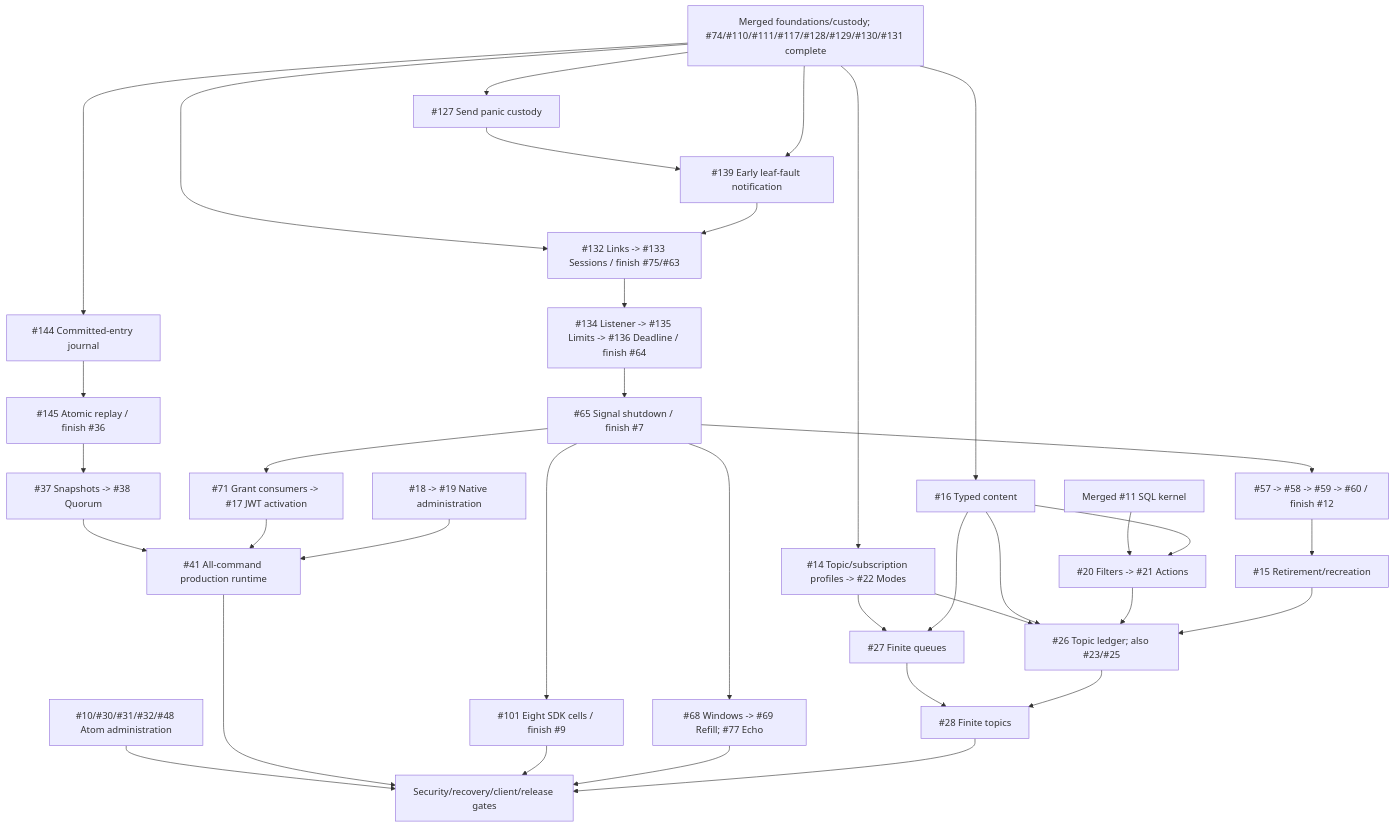
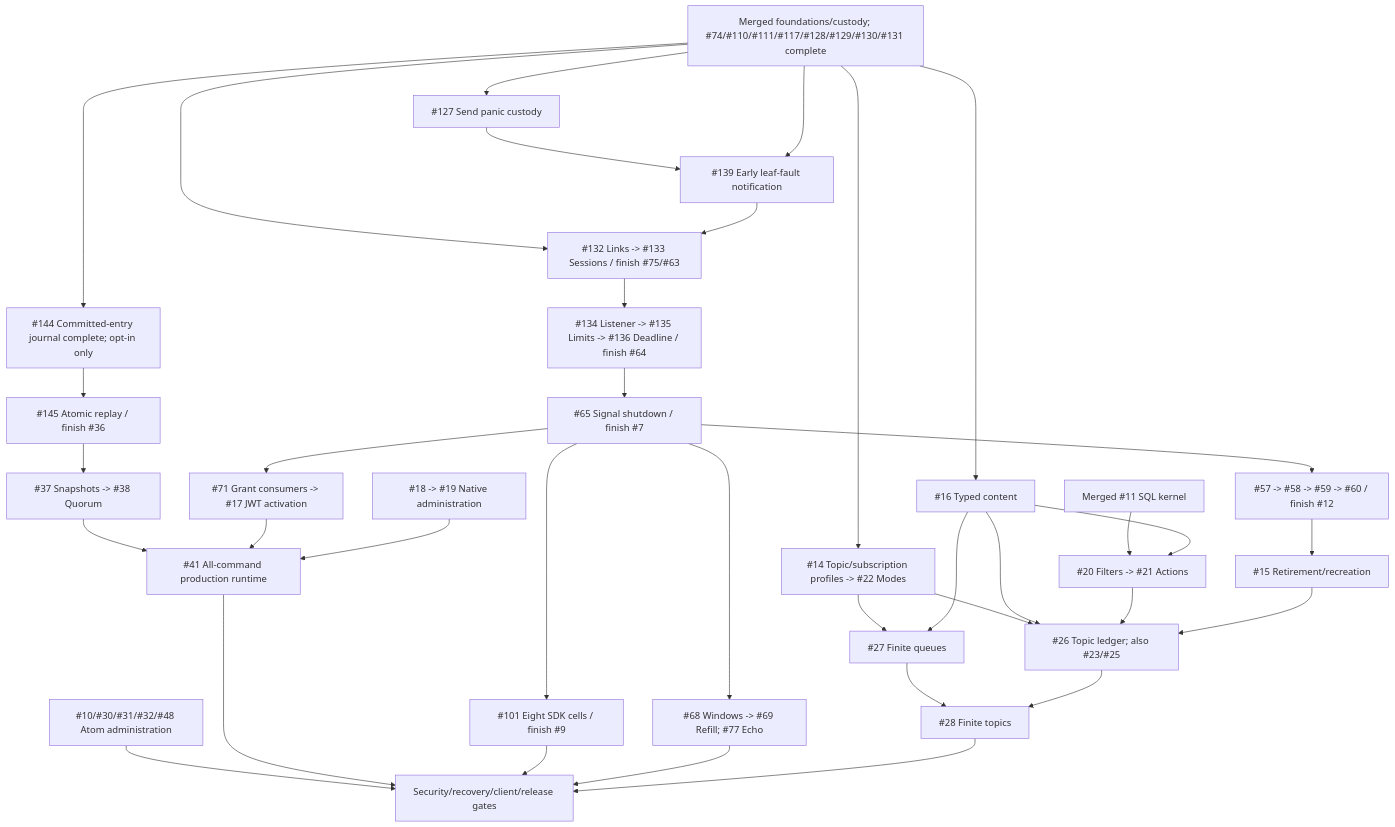
Before and after one commit to DeandreT/switchyard: the diagram in docs/roadmap.md, drawn with Mermaid. The commit also changed other lines of this file and 6 other files, not shown here.

````diff
--- a/docs/roadmap.md
+++ b/docs/roadmap.md
@@ -60,38 +61,38 @@
 ```mermaid
 flowchart TD
     Main["Merged foundations/custody; #74/#110/#111/#117/#128/#129/#130/#131 complete"] --> Send["#127 Send panic custody"]
     Send --> Fault["#139 Early leaf-fault notification"]
     Main --> Fault
     Main --> Trees
     Fault --> Trees["#132 Links -> #133 Sessions / finish #75/#63"]
     Trees --> Admission["#134 Listener -> #135 Limits -> #136 Deadline / finish #64"]
     Admission --> Signals["#65 Signal shutdown / finish #7"]
     Signals --> Authority["#57 -> #58 -> #59 -> #60 / finish #12"]
     Authority --> Delete["#15 Retirement/recreation"]
     Signals --> Grants["#71 Grant consumers -> #17 JWT activation"]
     Signals --> Matrix["#101 Eight SDK cells / finish #9"]
     Signals --> Windows["#68 Windows -> #69 Refill; #77 Echo"]
     Main --> Profiles["#14 Topic/subscription profiles -> #22 Modes"]
     Main --> Content["#16 Typed content"]
     Kernel["Merged #11 SQL kernel"] --> Rules["#20 Filters -> #21 Actions"]
     Content --> Rules
     Profiles --> Queue["#27 Finite queues"]
     Content --> Queue
     Profiles --> Ledger["#26 Topic ledger; also #23/#25"]
     Content --> Ledger
     Rules --> Ledger
     Delete --> Ledger
     Queue --> Topic["#28 Finite topics"]
     Ledger --> Topic
-    Main --> Journal["#144 Committed-entry journal"]
+    Main --> Journal["#144 Committed-entry journal complete; opt-in only"]
     Journal --> Log["#145 Atomic replay / finish #36"]
     Log --> Snapshots["#37 Snapshots -> #38 Quorum"]
     Snapshots --> Runtime["#41 All-command production runtime"]
     Grants --> Runtime
     Admin["#18 -> #19 Native administration"] --> Runtime
     Atom["#10/#30/#31/#32/#48 Atom administration"] --> Gates
     Runtime --> Gates["Security/recovery/client/release gates"]
     Matrix --> Gates
     Windows --> Gates
     Topic --> Gates
 ```
````
